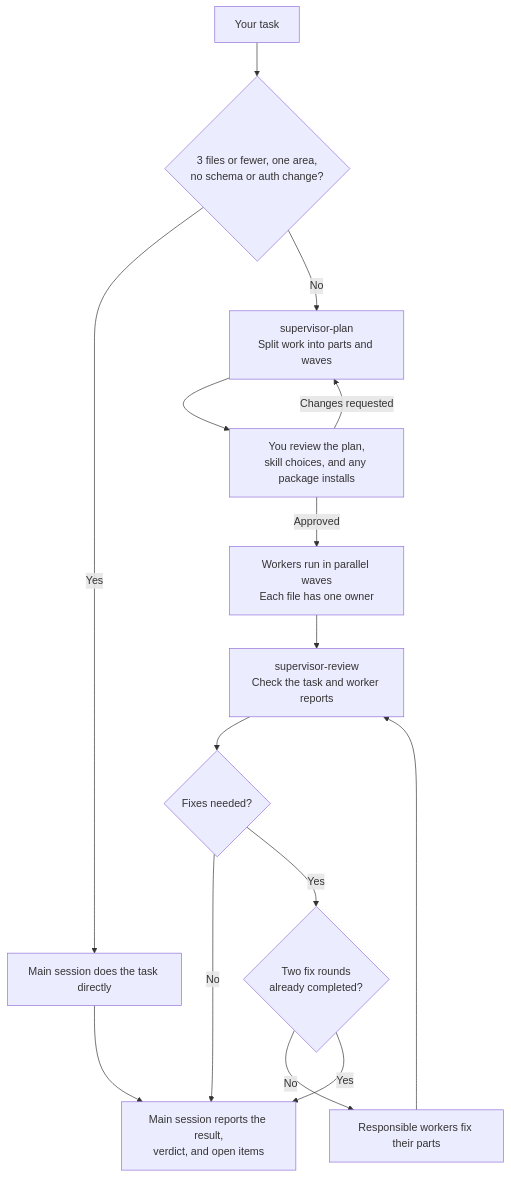
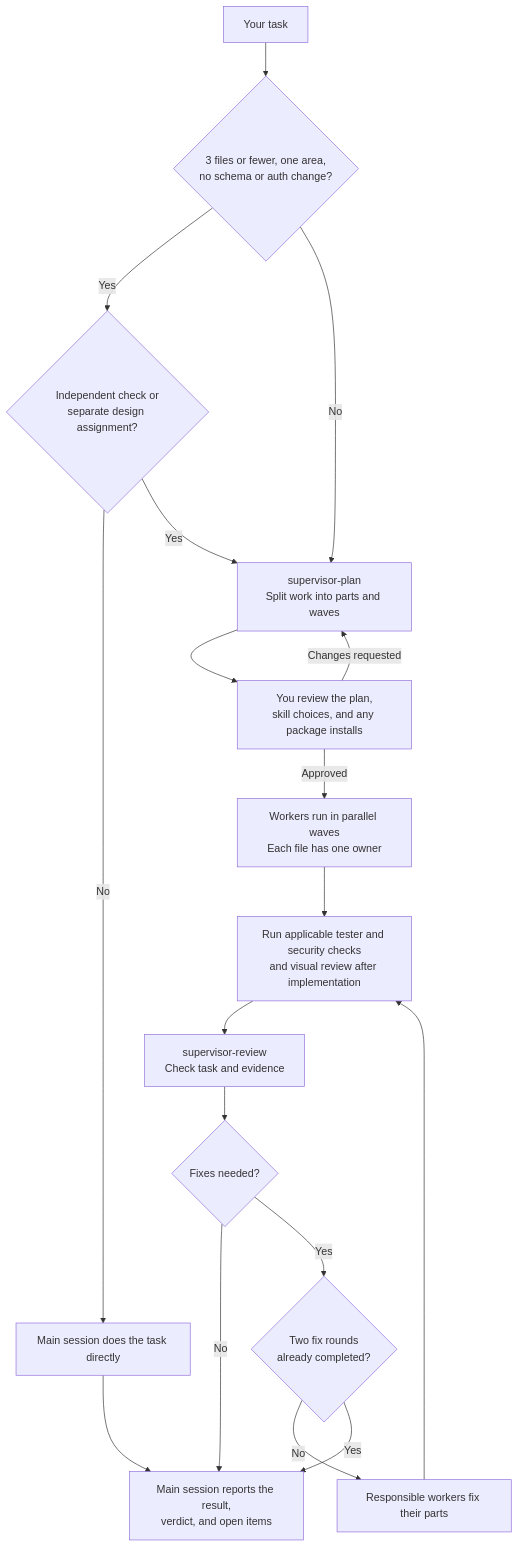
Before and after one commit to IbrahimHosseini/agentkit: the diagram in docs/workflow.md, drawn with Mermaid. The commit also changed other lines of this file and 9 other files, not shown here.

First line of the commit message:
Plan independent testing, security review, and UI design

````diff
--- a/docs/workflow.md
+++ b/docs/workflow.md
@@ -7,17 +7,20 @@
 ```mermaid
 flowchart TD
     Task[Your task] --> Small{3 files or fewer, one area,<br/>no schema or auth change?}
-    Small -->|Yes| Direct[Main session does the task directly]
+    Small -->|Yes| Checks{Independent check or<br/>separate design assignment?}
     Small -->|No| Plan[supervisor-plan<br/>Split work into parts and waves]
+    Checks -->|No| Direct[Main session does the task directly]
+    Checks -->|Yes| Plan
     Plan --> Approval[You review the plan,<br/>skill choices, and any package installs]
     Approval -->|Changes requested| Plan
     Approval -->|Approved| Workers[Workers run in parallel waves<br/>Each file has one owner]
-    Workers --> Review[supervisor-review<br/>Check the task and worker reports]
+    Workers --> Verification[Run applicable tester and security checks<br/>and visual review after implementation]
+    Verification --> Review[supervisor-review<br/>Check task and evidence]
     Review --> Fix{Fixes needed?}
     Fix -->|No| Result[Main session reports the result,<br/>verdict, and open items]
     Fix -->|Yes| Limit{Two fix rounds<br/>already completed?}
     Limit -->|No| Owner[Responsible workers fix their parts]
-    Owner --> Review
+    Owner --> Verification
     Limit -->|Yes| Result
     Direct --> Result
 ```
````
